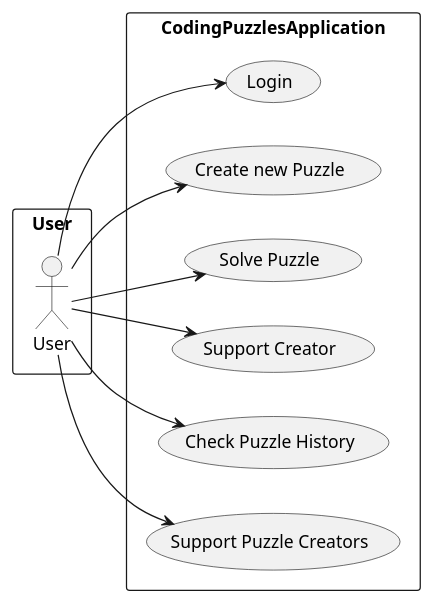
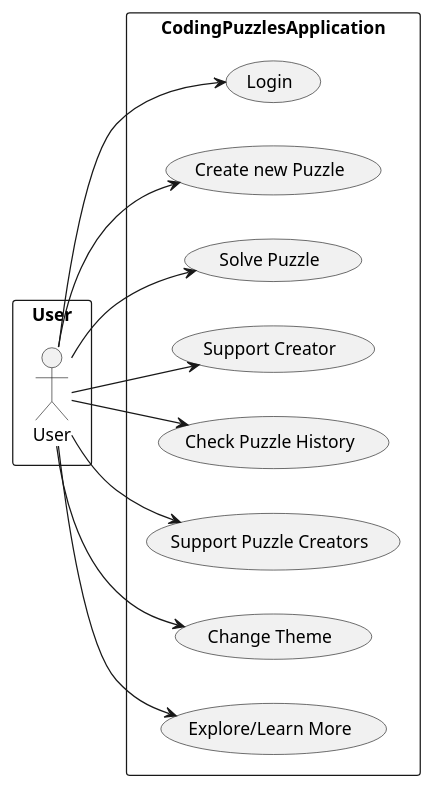
The diagram in SpringBootApplication/codingpuzzles-backend/SoftwareDesign/UseCaseDiagram.puml (duartecaldascardoso/Coding.com), drawn with PlantUML before and after one commit.

Commit message:
Updates to the use case diagram

```diff
--- a/SpringBootApplication/codingpuzzles-backend/SoftwareDesign/UseCaseDiagram.puml
+++ b/SpringBootApplication/codingpuzzles-backend/SoftwareDesign/UseCaseDiagram.puml
@@ -1,21 +1,25 @@
 @startuml
 'https://plantuml.com/use-case-diagram
 left to right direction
 rectangle User{
     :User: as U
 }
 rectangle CodingPuzzlesApplication{
     (Login) as L
     (Create new Puzzle) as CP
     (Solve Puzzle) as SP
     (Support Creator) as SC
     (Check Puzzle History) as CPH
     (Support Puzzle Creators) as SPC
+    (Change Theme) as CT
+    (Explore/Learn More) as ELM
 }
 U --> L
 U --> CP
 U --> SP
 U --> SC
 U --> CPH
 U --> SPC
+U --> CT
+U --> ELM
 @enduml
```
